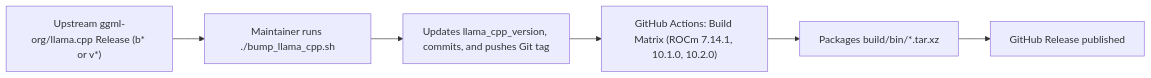
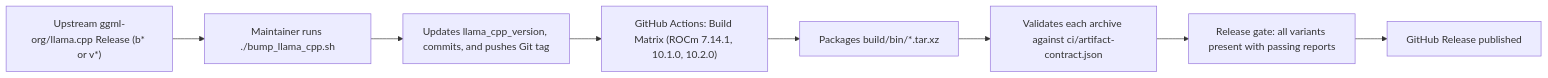
The diagram in docs/release-pipeline.md (Lychee-Technology/llama-cpp-for-strix-halo), drawn with Mermaid before and after one commit. The commit also changed other lines of this file and 3 other files, not shown here.

First line of the commit message:
docs: document release artifact validation and the release gate

````diff
--- a/docs/release-pipeline.md
+++ b/docs/release-pipeline.md
@@ -5,8 +5,10 @@
 ```mermaid
 flowchart LR
     A["Upstream ggml-org/llama.cpp Release (b* or v*)"] --> B["Maintainer runs ./bump_llama_cpp.sh"]
     B --> C["Updates llama_cpp_version, commits, and pushes Git tag"]
     C --> D["GitHub Actions: Build Matrix (ROCm 7.14.1, 10.1.0, 10.2.0)"]
     D --> E["Packages build/bin/*.tar.xz"]
-    E --> F["GitHub Release published"]
+    E --> V["Validates each archive against ci/artifact-contract.json"]
+    V --> G["Release gate: all variants present with passing reports"]
+    G --> F["GitHub Release published"]
 ```
````
